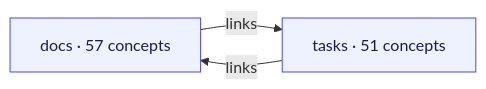
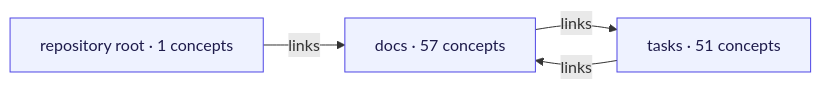
The first of 10 diagrams in docs/COMBINED_WORKSPACE_VISUALIZATION.md (polaralias/okf-tasks), drawn with Mermaid before and after one commit. The commit also changed other lines of this file and 26 other files, not shown here.

````diff
--- a/docs/COMBINED_WORKSPACE_VISUALIZATION.md
+++ b/docs/COMBINED_WORKSPACE_VISUALIZATION.md
@@ -11,8 +11,10 @@
 ```mermaid
 flowchart LR
     a0["docs · 57 concepts"]
-    a1["tasks · 51 concepts"]
-    a0 -->|links| a1
+    a1["repository root · 1 concepts"]
+    a2["tasks · 51 concepts"]
+    a0 -->|links| a2
     a1 -->|links| a0
+    a2 -->|links| a0
     classDef default fill:#eef2ff,stroke:#4f46e5,color:#1e1b4b
 ```
````
